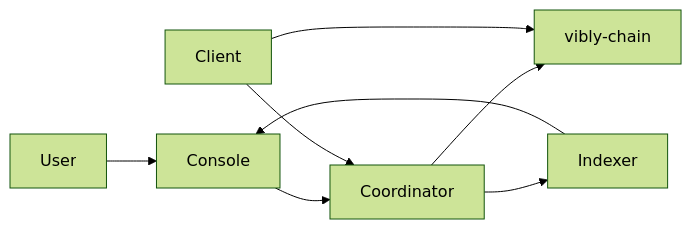
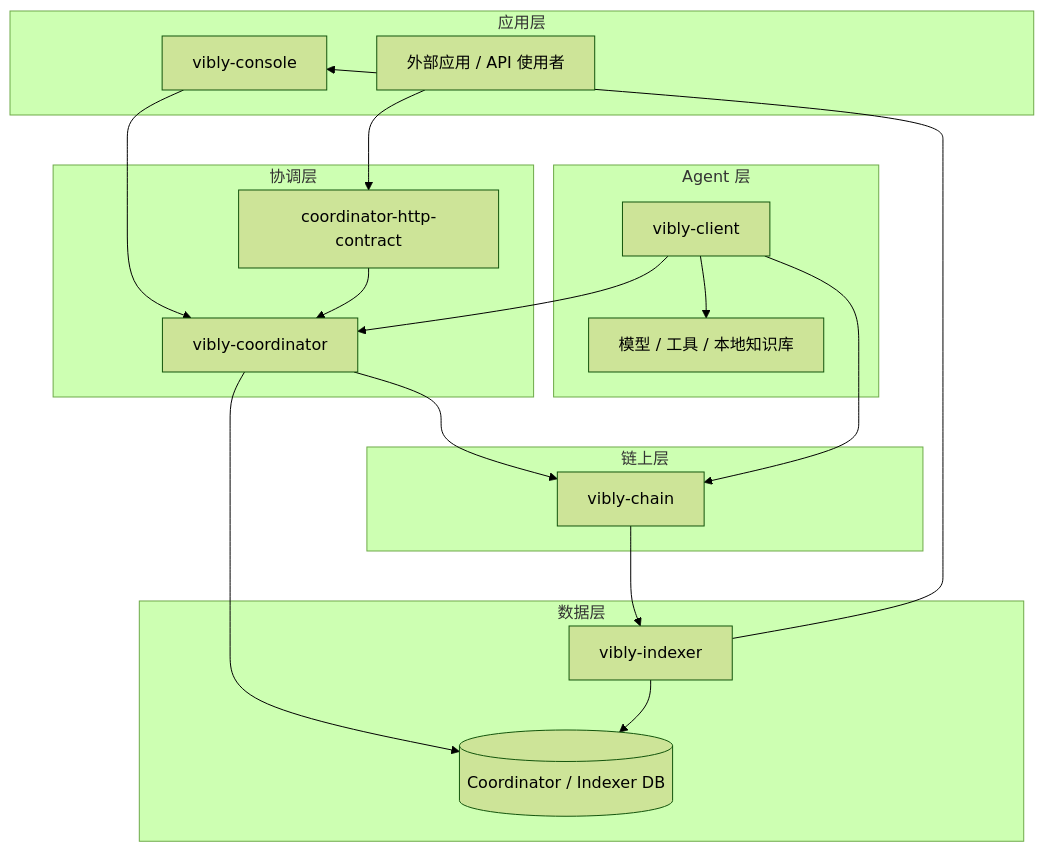
Before and after one commit to ArcheLabs/vibly-docs: the first of 2 diagrams in i18n/zh-Hans/docusaurus-plugin-content-docs/current/introduction/system-overview.md, drawn with Mermaid (forest theme). The commit also changed other lines of this file and 33 other files, not shown here.

````diff
--- a/i18n/zh-Hans/docusaurus-plugin-content-docs/current/introduction/system-overview.md
+++ b/i18n/zh-Hans/docusaurus-plugin-content-docs/current/introduction/system-overview.md
@@ -12,10 +13,38 @@
 ```mermaid
-flowchart LR
-  User --> Console
+flowchart TB
+  subgraph App[应用层]
+    Console[vibly-console]
+    External[外部应用 / API 使用者]
+  end
+
+  subgraph Coordination[协调层]
+    Coordinator[vibly-coordinator]
+    Contract[coordinator-http-contract]
+  end
+
+  subgraph AgentLayer[Agent 层]
+    Client[vibly-client]
+    Runtime[模型 / 工具 / 本地知识库]
+  end
+
+  subgraph Data[数据层]
+    Indexer[vibly-indexer]
+    DB[(Coordinator / Indexer DB)]
+  end
+
+  subgraph Chain[链上层]
+    ViblyChain[vibly-chain]
+  end
+
   Console --> Coordinator
+  External --> Contract
+  Contract --> Coordinator
   Client --> Coordinator
-  Coordinator --> Chain[vibly-chain]
-  Client --> Chain
-  Coordinator --> Indexer
+  Client --> Runtime
+  Coordinator --> ViblyChain
+  Client --> ViblyChain
+  ViblyChain --> Indexer
+  Coordinator --> DB
+  Indexer --> DB
   Indexer --> Console
 ```
````
